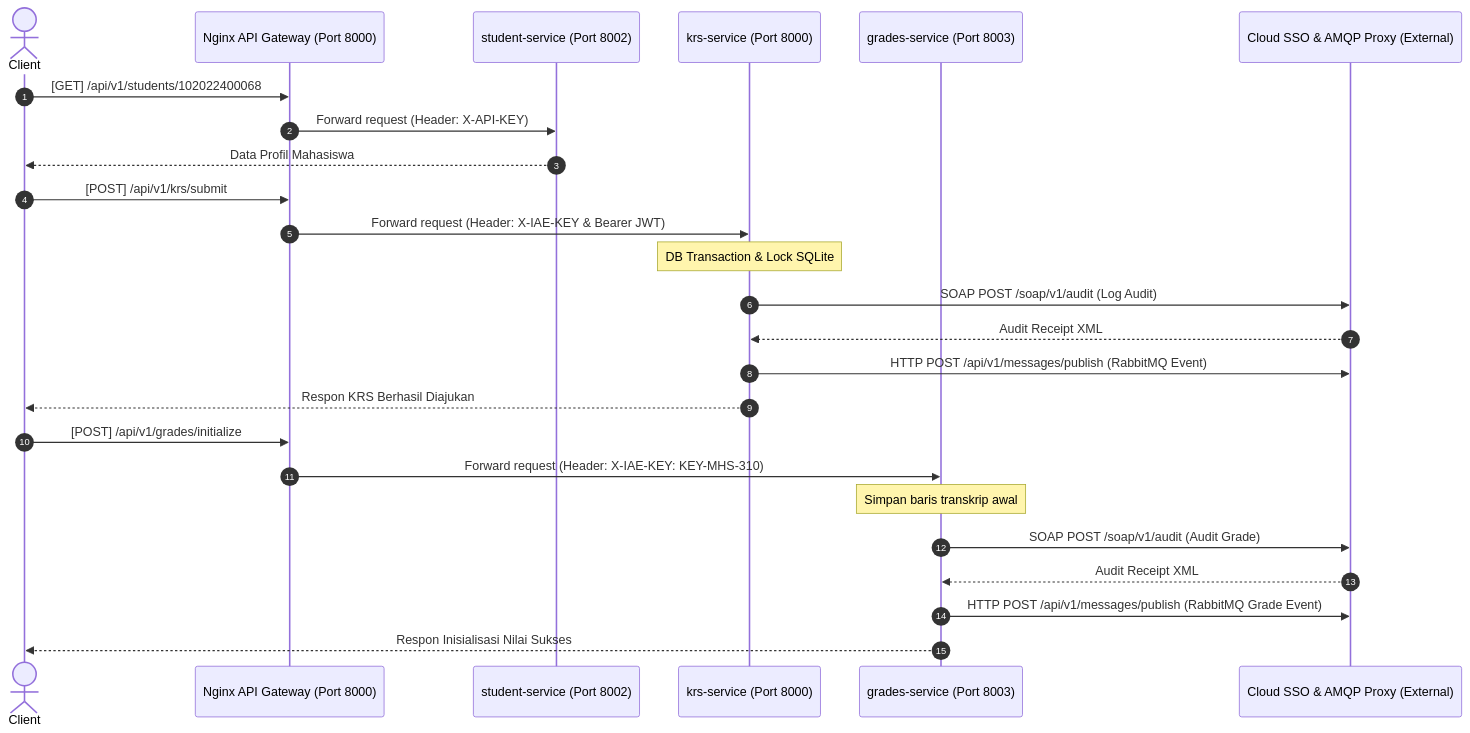
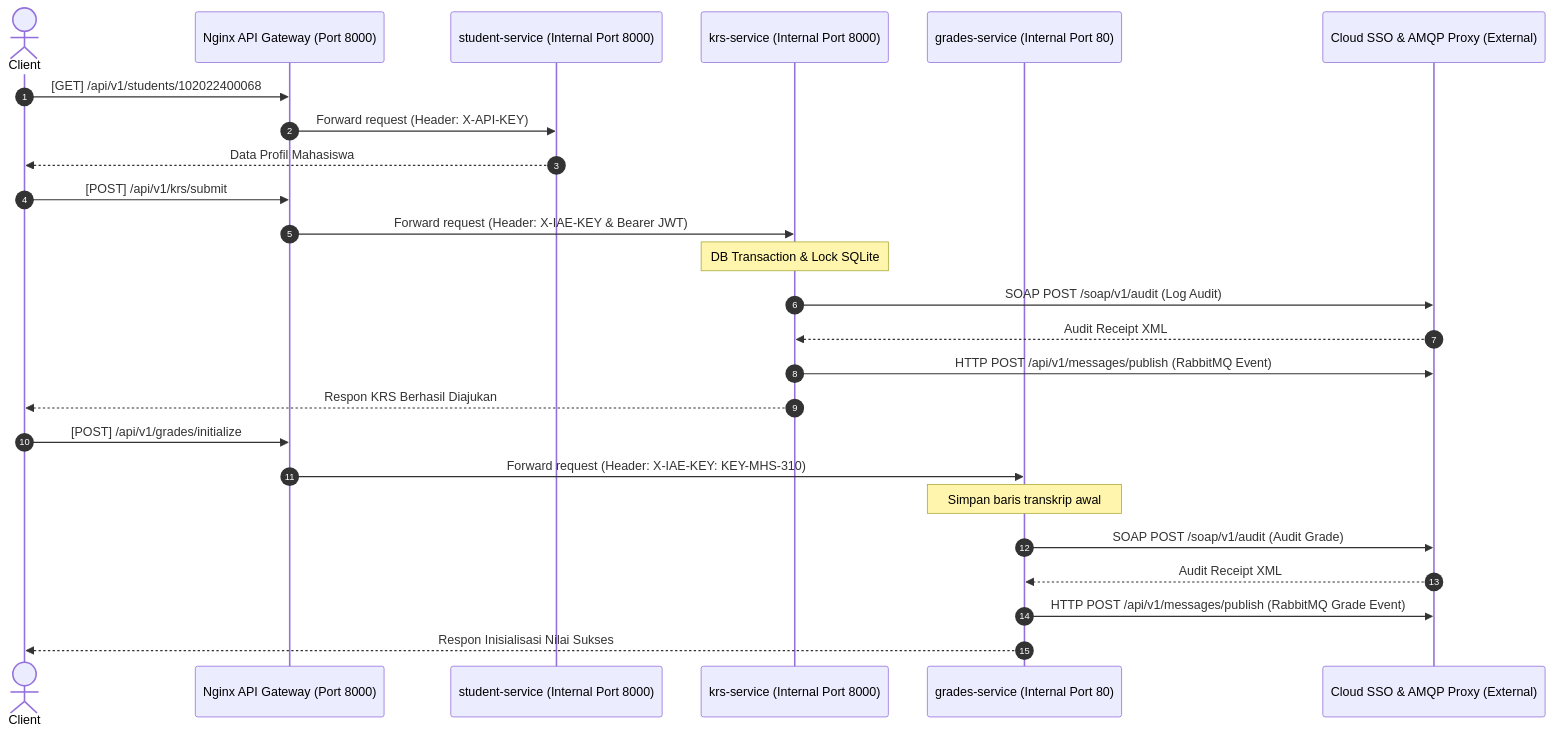
Before and after one commit to IAE-2026-48-08/TEAM-09-Persetujuan-Pengambilan-KRS: the diagram in README.md, drawn with Mermaid. The commit also changed other lines of this file and 2 other files, not shown here.

Commit message:
docs: align documentation with secure api gateway port architecture

````diff
--- a/README.md
+++ b/README.md
@@ -107,30 +107,30 @@
 ```mermaid
 sequenceDiagram
     autonumber
     actor Client
     participant Gateway as Nginx API Gateway (Port 8000)
-    participant Student as student-service (Port 8002)
-    participant KRS as krs-service (Port 8000)
-    participant Grades as grades-service (Port 8003)
+    participant Student as student-service (Internal Port 8000)
+    participant KRS as krs-service (Internal Port 8000)
+    participant Grades as grades-service (Internal Port 80)
     participant SSO as Cloud SSO & AMQP Proxy (External)
 
     Client->>Gateway: [GET] /api/v1/students/102022400068
     Gateway->>Student: Forward request (Header: X-API-KEY)
     Student-->>Client: Data Profil Mahasiswa
 
     Client->>Gateway: [POST] /api/v1/krs/submit
     Gateway->>KRS: Forward request (Header: X-IAE-KEY & Bearer JWT)
     Note over KRS: DB Transaction & Lock SQLite
     KRS->>SSO: SOAP POST /soap/v1/audit (Log Audit)
     SSO-->>KRS: Audit Receipt XML
     KRS->>SSO: HTTP POST /api/v1/messages/publish (RabbitMQ Event)
     KRS-->>Client: Respon KRS Berhasil Diajukan
 
     Client->>Gateway: [POST] /api/v1/grades/initialize
     Gateway->>Grades: Forward request (Header: X-IAE-KEY: KEY-MHS-310)
     Note over Grades: Simpan baris transkrip awal
     Grades->>SSO: SOAP POST /soap/v1/audit (Audit Grade)
     SSO-->>Grades: Audit Receipt XML
     Grades->>SSO: HTTP POST /api/v1/messages/publish (RabbitMQ Grade Event)
     Grades-->>Client: Respon Inisialisasi Nilai Sukses
 ```
````
